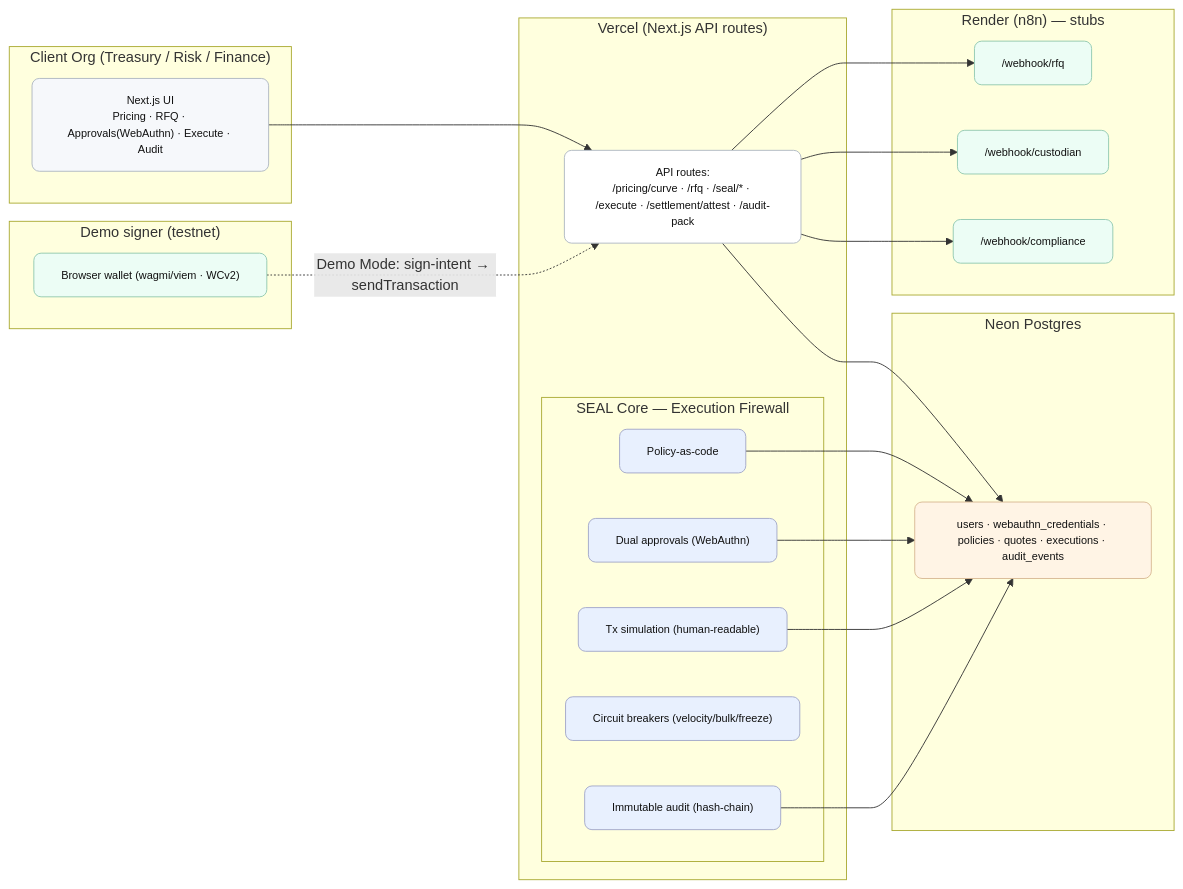
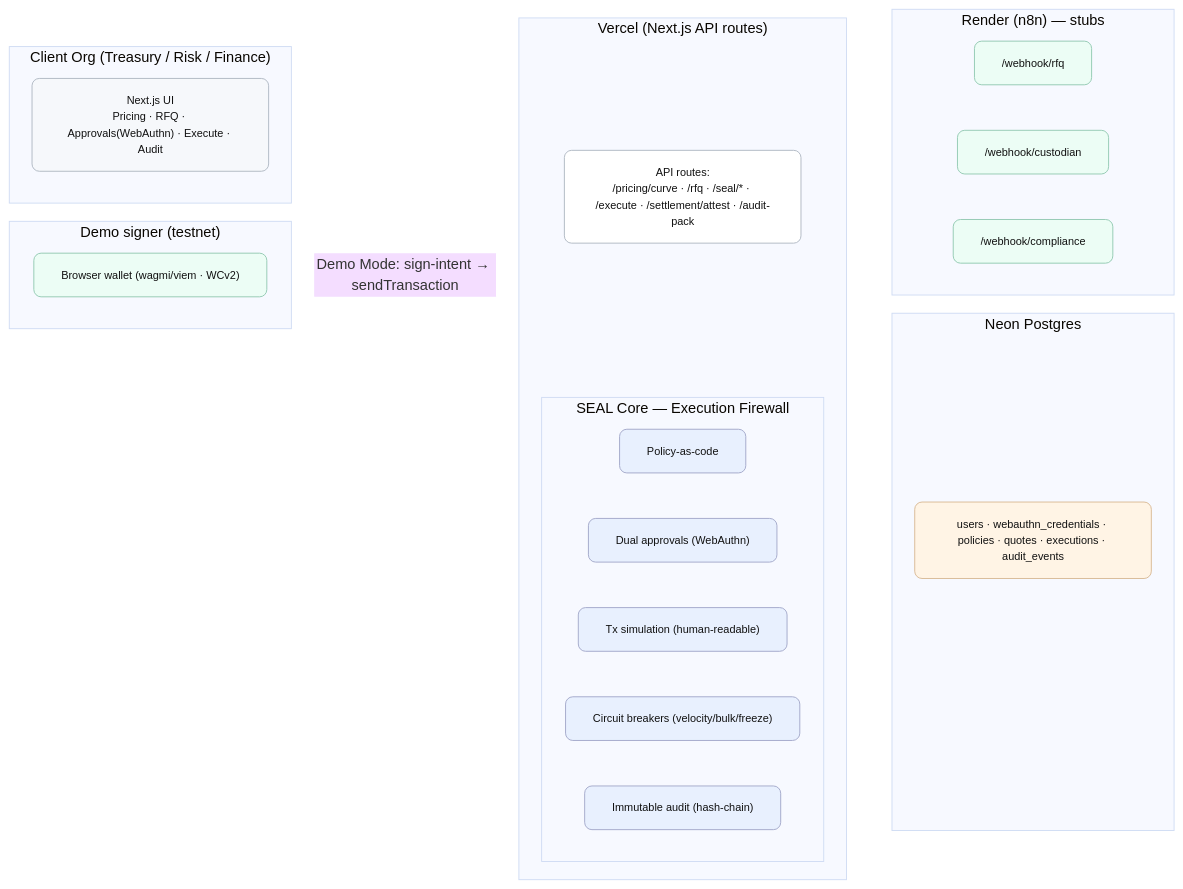
One commit to Chainology/kustodyfi changed the diagram in README.md. Above: the diagram before and after it, drawn with Mermaid. The commit also changed other lines of this file, not shown here.

````diff
--- a/README.md
+++ b/README.md
@@ -14,44 +14,45 @@
 ```mermaid
+%%{init: {"theme":"base","themeVariables":{"background":"transparent"}}}%%
 flowchart LR
   classDef box fill:#F6F8FB,stroke:#AEB7C2,rx:8,ry:8,color:#111,font-size:12px
   classDef white fill:#FFFFFF,stroke:#AEB7C2,rx:8,ry:8,color:#111,font-size:12px
   classDef seal fill:#E8F0FE,stroke:#A0A6C8,rx:8,ry:8,color:#111,font-size:12px
   classDef ext  fill:#ECFDF5,stroke:#90C8B0,rx:8,ry:8,color:#111,font-size:12px
   classDef ops  fill:#FFF4E5,stroke:#D8B892,rx:8,ry:8,color:#111,font-size:12px
 
   subgraph CLIENT["Client Org (Treasury / Risk / Finance)"]
     WEB["Next.js UI<br/>Pricing · RFQ · Approvals(WebAuthn) · Execute · Audit"]:::box
   end
   subgraph KF["Vercel (Next.js API routes)"]
     APIGW["API routes:<br/>/pricing/curve · /rfq · /seal/* · /execute · /settlement/attest · /audit-pack"]:::white
     subgraph SEAL["SEAL Core — Execution Firewall"]
       P["Policy-as-code"]:::seal
       A["Dual approvals (WebAuthn)"]:::seal
       S["Tx simulation (human-readable)"]:::seal
       B["Circuit breakers (velocity/bulk/freeze)"]:::seal
       L["Immutable audit (hash-chain)"]:::seal
     end
   end
   subgraph DATA["Neon Postgres"]
     DB["users · webauthn_credentials · policies · quotes · executions · audit_events"]:::ops
   end
   subgraph EXT["Render (n8n) — stubs"]
     RFQW["/webhook/rfq"]:::ext
     CUST["/webhook/custodian"]:::ext
     COMP["/webhook/compliance"]:::ext
   end
   subgraph WAL["Demo signer (testnet)"]
     WALLET["Browser wallet (wagmi/viem · WCv2)"]:::ext
   end
 
   WEB --> APIGW
   APIGW --> RFQW
   APIGW --> CUST
   APIGW --> COMP
   APIGW --> DB
   P --> DB
   A --> DB
   S --> DB
   L --> DB
   WALLET -. "Demo Mode: sign-intent → sendTransaction" .-> APIGW
 ```
````
